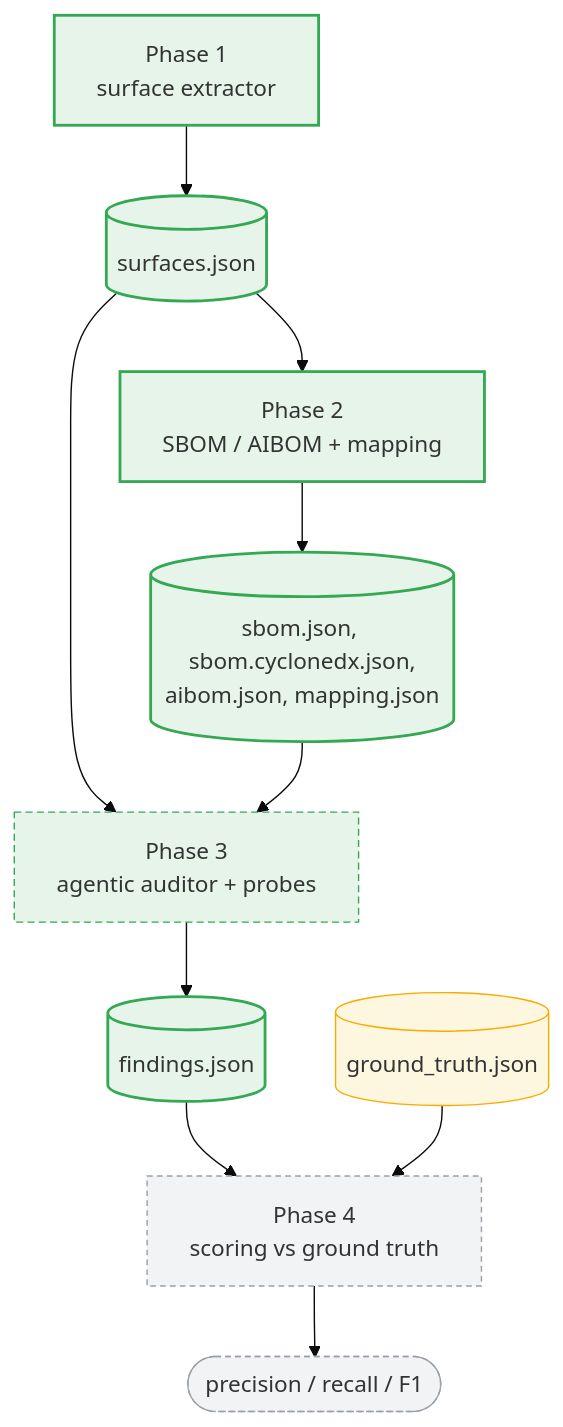
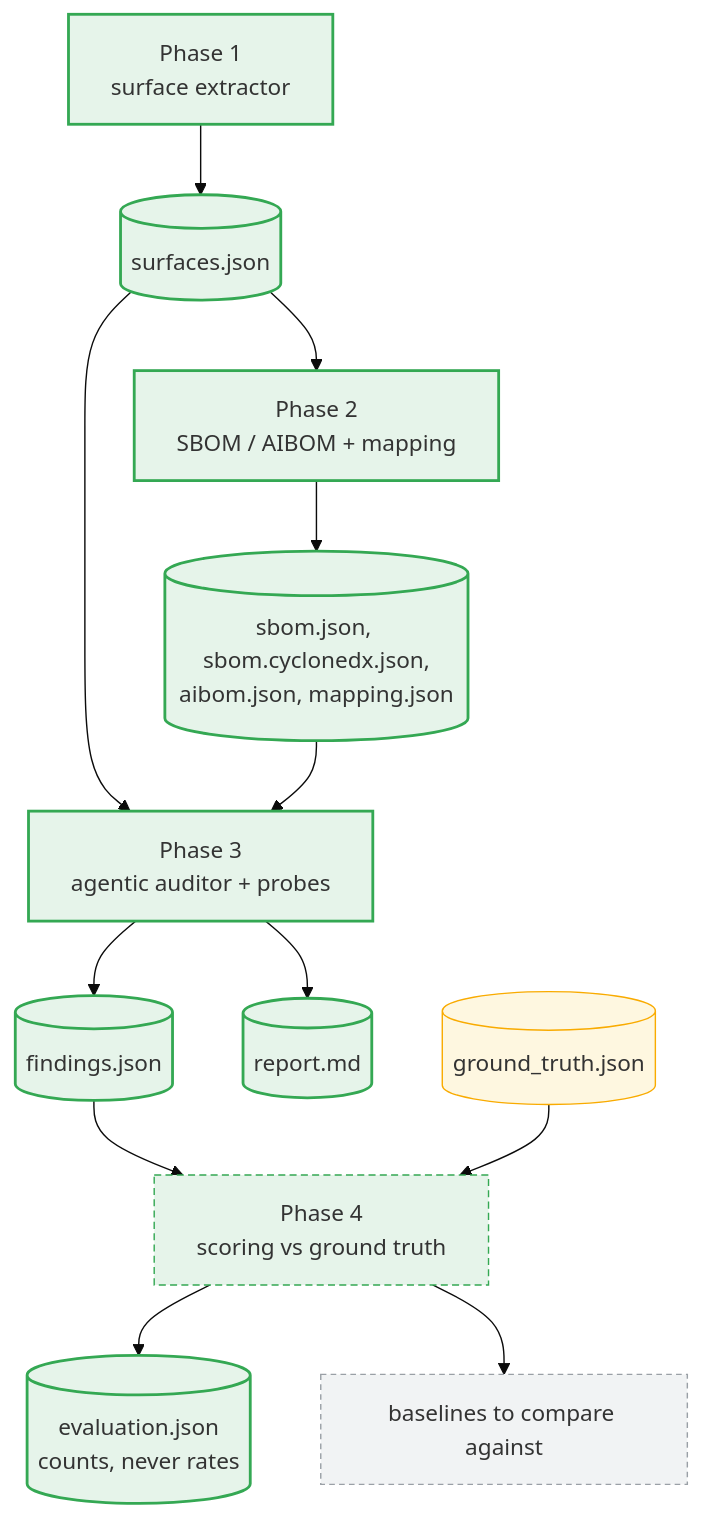
Before and after one commit to heinthtnaung/AgenticLLMAppAuditor: the ninth of 9 diagrams in docs/FLOW.md, drawn with Mermaid (base theme). The commit also changed other lines of this file and 19 other files, not shown here.

First line of the commit message:
Score the findings against the keys, in counts and never rates

````diff
--- a/docs/FLOW.md
+++ b/docs/FLOW.md
@@ -406,20 +410,22 @@
 ```mermaid
 flowchart TD
     P1[Phase 1<br/>surface extractor] --> SJ[(surfaces.json)]
     SJ --> P2[Phase 2<br/>SBOM / AIBOM + mapping]
     P2 --> MJ[(sbom.json, sbom.cyclonedx.json,<br/>aibom.json, mapping.json)]
     SJ --> P3[Phase 3<br/>agentic auditor + probes]
     MJ --> P3
     P3 --> FJ[(findings.json)]
+    P3 --> RM[(report.md)]
     FJ --> P4[Phase 4<br/>scoring vs ground truth]
     GT[(ground_truth.json)] --> P4
-    P4 --> RES([precision / recall / F1])
+    P4 --> RES[(evaluation.json<br/>counts, never rates)]
+    P4 --> BL[baselines to compare against]
 
     classDef built fill:#e6f4ea,stroke:#34a853,stroke-width:2px
     classDef partial fill:#e6f4ea,stroke:#34a853,stroke-dasharray:5 3
     classDef planned fill:#f1f3f4,stroke:#9aa0a6,stroke-dasharray:4 3
-    class P1,SJ,P2,MJ,FJ built
-    class P3 partial
-    class P4,RES planned
+    class P1,SJ,P2,MJ,FJ,RM,P3,RES built
+    class P4 partial
+    class BL planned
     style GT fill:#fef7e0,stroke:#f9ab00
 ```
````
